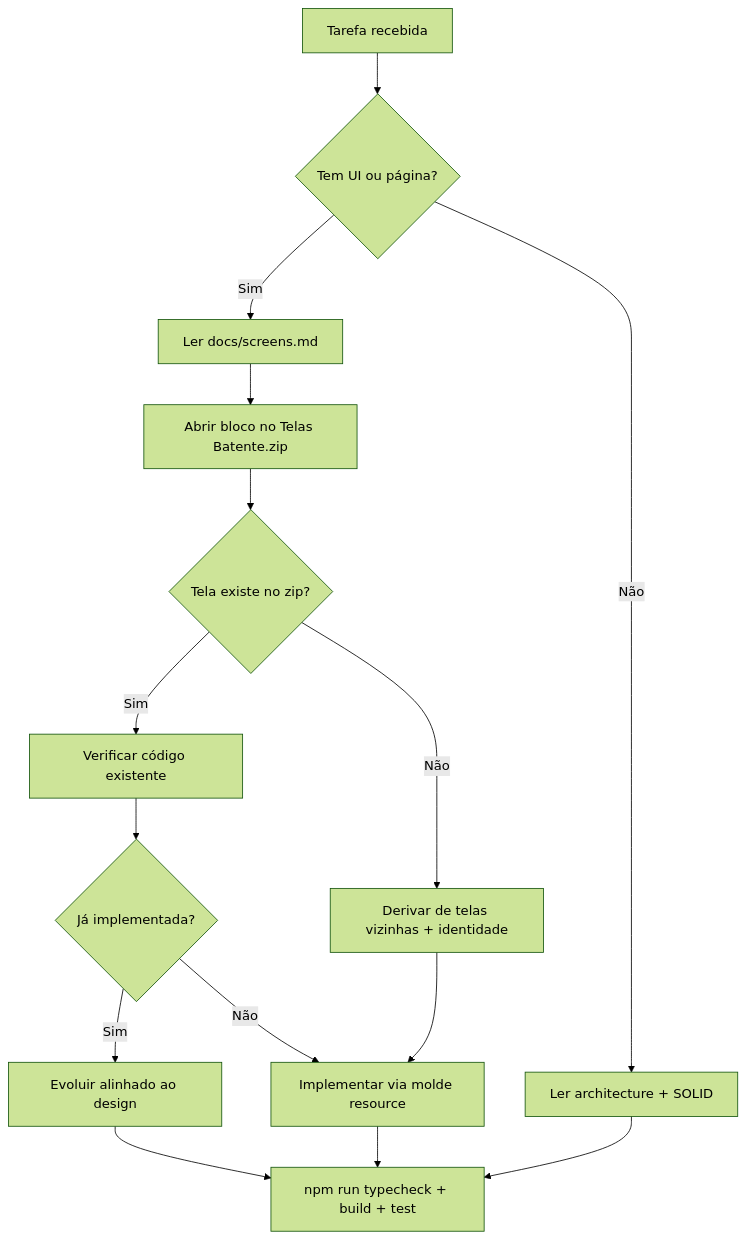
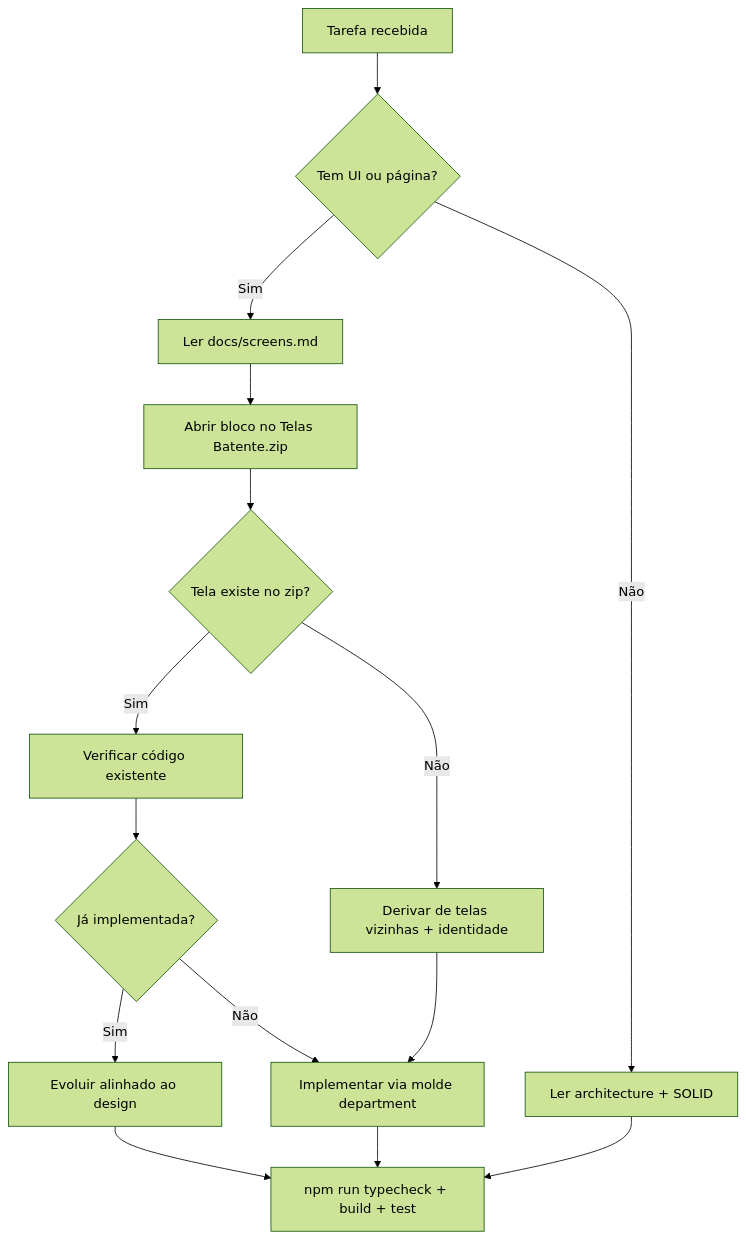
The diagram in docs/agents.md (matheusfer0902/batente-frontend), drawn with Mermaid (forest theme) before and after one commit. The commit also changed other lines of this file and 10 other files, not shown here.

````diff
--- a/docs/agents.md
+++ b/docs/agents.md
@@ -49,17 +49,17 @@
 ```mermaid
 flowchart TD
     start[Tarefa recebida] --> ui{Tem UI ou página?}
     ui -->|Não| arch[Ler architecture + SOLID]
     ui -->|Sim| screens[Ler docs/screens.md]
     screens --> zip[Abrir bloco no Telas Batente.zip]
     zip --> exists{Tela existe no zip?}
     exists -->|Sim| codeCheck[Verificar código existente]
     exists -->|Não| derive[Derivar de telas vizinhas + identidade]
     codeCheck --> impl{Já implementada?}
     impl -->|Sim| evolve[Evoluir alinhado ao design]
-    impl -->|Não| build[Implementar via molde resource]
+    impl -->|Não| build[Implementar via molde department]
     derive --> build
     evolve --> verify
     build --> verify[npm run typecheck + build + test]
     arch --> verify
 ```
````
